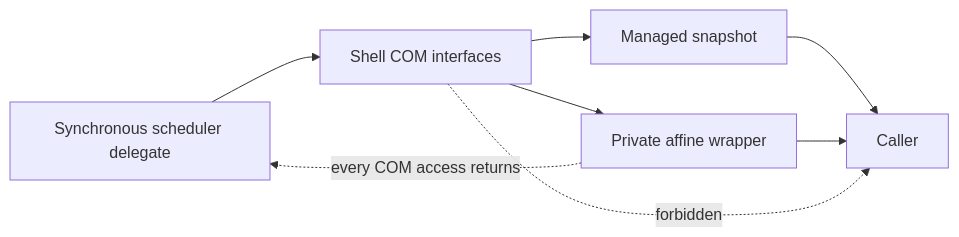
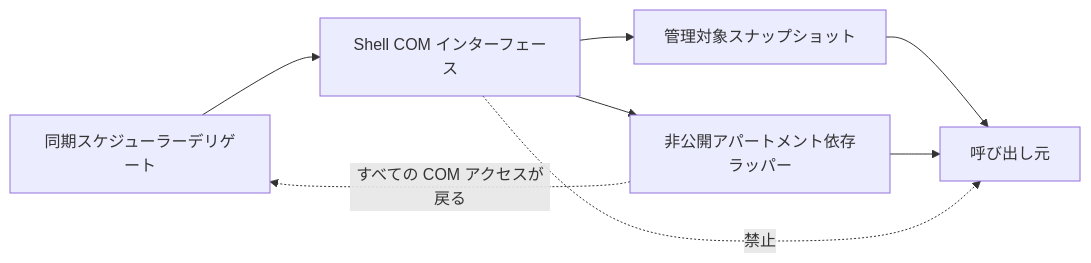
One commit to 0x5bfa/Files changed the third of 4 diagrams in docs/architecture/threading.md. Above: the diagram before and after it, drawn with Mermaid. The commit also changed other lines of this file and 18 other files, not shown here.

Commit message:
Translate architecture docs to Japanese

````diff
--- a/docs/architecture/threading.md
+++ b/docs/architecture/threading.md
@@ -69,16 +68,16 @@
 ```mermaid
 flowchart LR
-    Delegate["Synchronous scheduler delegate"]
-    COM["Shell COM interfaces"]
-    Snapshot["Managed snapshot"]
-    Affine["Private affine wrapper"]
-    Caller["Caller"]
+    Delegate["同期スケジューラーデリゲート"]
+    COM["Shell COM インターフェース"]
+    Snapshot["管理対象スナップショット"]
+    Affine["非公開アパートメント依存ラッパー"]
+    Caller["呼び出し元"]
 
     Delegate --> COM
     COM --> Snapshot
     COM --> Affine
     Snapshot --> Caller
     Affine --> Caller
-    Affine -. every COM access returns .-> Delegate
-    COM -. forbidden .-> Caller
+    Affine -. すべての COM アクセスが戻る .-> Delegate
+    COM -. 禁止 .-> Caller
 ```
````
